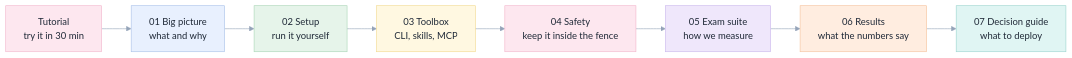
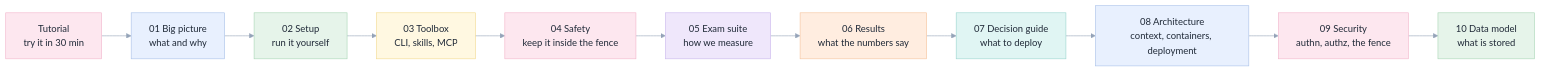
One commit to raphaelmansuy/edgegenie changed the diagram in docs/README.md. Above: the diagram before and after it, drawn with Mermaid. The commit also changed other lines of this file and 37 other files, not shown here.

````diff
--- a/docs/README.md
+++ b/docs/README.md
@@ -12,18 +12,21 @@
 ```mermaid
 %%{init: {'theme':'base','themeVariables':{'primaryColor':'#E8F0FE','primaryTextColor':'#1F2937','primaryBorderColor':'#A8C0E8','lineColor':'#94A3B8','clusterBkg':'#F8FAFC','clusterBorder':'#CBD5E1'}}}%%
 flowchart LR
     T["Tutorial<br/>try it in 30 min"]:::pink --> A["01 Big picture<br/>what and why"]:::blue
     A --> B["02 Setup<br/>run it yourself"]:::green
     B --> C["03 Toolbox<br/>CLI, skills, MCP"]:::yellow
     C --> D["04 Safety<br/>keep it inside the fence"]:::pink
     D --> E["05 Exam suite<br/>how we measure"]:::purple
     E --> F["06 Results<br/>what the numbers say"]:::orange
     F --> G["07 Decision guide<br/>what to deploy"]:::teal
+    G --> H["08 Architecture<br/>context, containers, deployment"]:::blue
+    H --> I["09 Security<br/>authn, authz, the fence"]:::pink
+    I --> J["10 Data model<br/>what is stored"]:::green
     classDef blue fill:#E8F0FE,stroke:#A8C0E8,color:#1F2937
     classDef green fill:#E6F4EA,stroke:#A8D5B5,color:#1F2937
     classDef yellow fill:#FFF8E1,stroke:#F2D98D,color:#1F2937
     classDef pink fill:#FDE7EF,stroke:#F2B5CB,color:#1F2937
     classDef purple fill:#EFE7FB,stroke:#C9B6EC,color:#1F2937
     classDef orange fill:#FFEDE0,stroke:#F5C29C,color:#1F2937
     classDef teal fill:#E0F5F3,stroke:#9AD5CE,color:#1F2937
 ```
````
